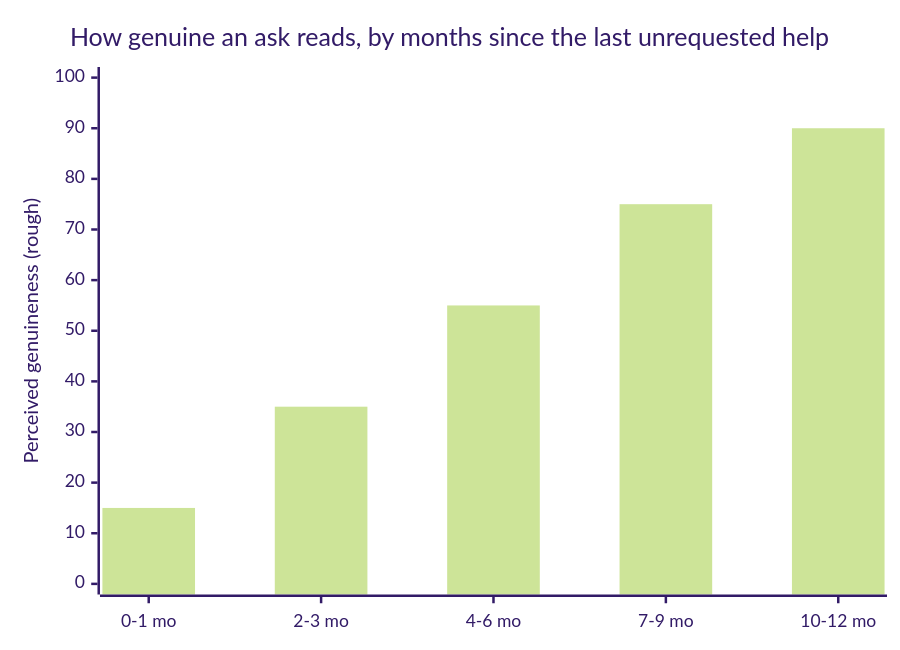
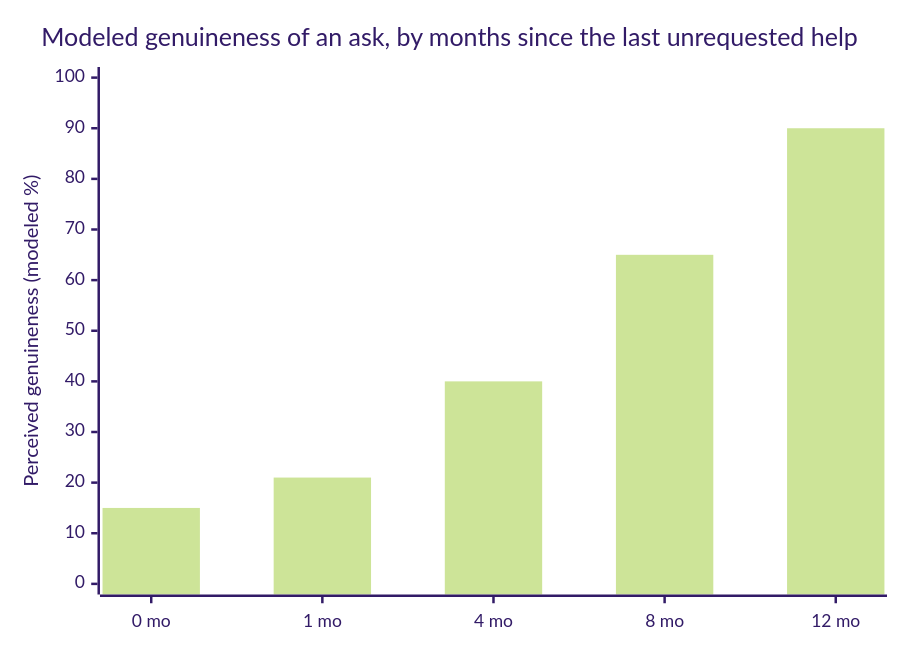
The first of 2 diagrams in src/content/corporate-politics/white/L2-concept.mdx (francoandreDev/knowledge), drawn with Mermaid (forest theme) before and after one commit. The commit also changed other lines of this file and 3 other files, not shown here.

````diff
--- a/src/content/corporate-politics/white/L2-concept.mdx
+++ b/src/content/corporate-politics/white/L2-concept.mdx
@@ -62,7 +53,7 @@
 ```mermaid
 xychart-beta
-    title "How genuine an ask reads, by months since the last unrequested help"
-    x-axis ["0-1 mo", "2-3 mo", "4-6 mo", "7-9 mo", "10-12 mo"]
-    y-axis "Perceived genuineness (rough)" 0 --> 100
-    bar [15, 35, 55, 75, 90]
+    title "Modeled genuineness of an ask, by months since the last unrequested help"
+    x-axis ["0 mo", "1 mo", "4 mo", "8 mo", "12 mo"]
+    y-axis "Perceived genuineness (modeled %)" 0 --> 100
+    bar [15, 21, 40, 65, 90]
 ```
````
